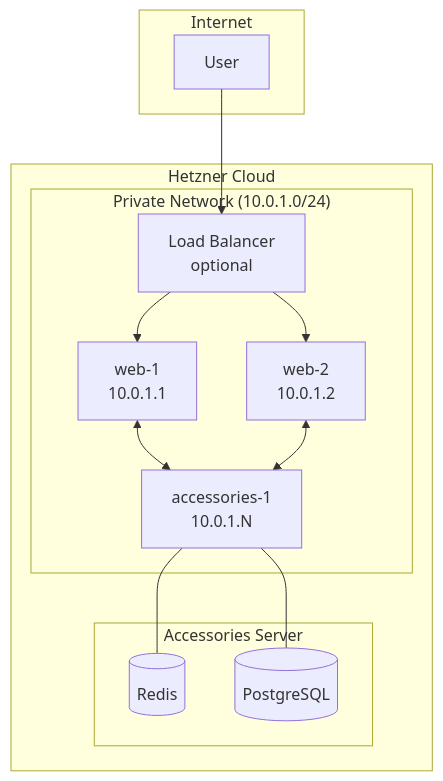
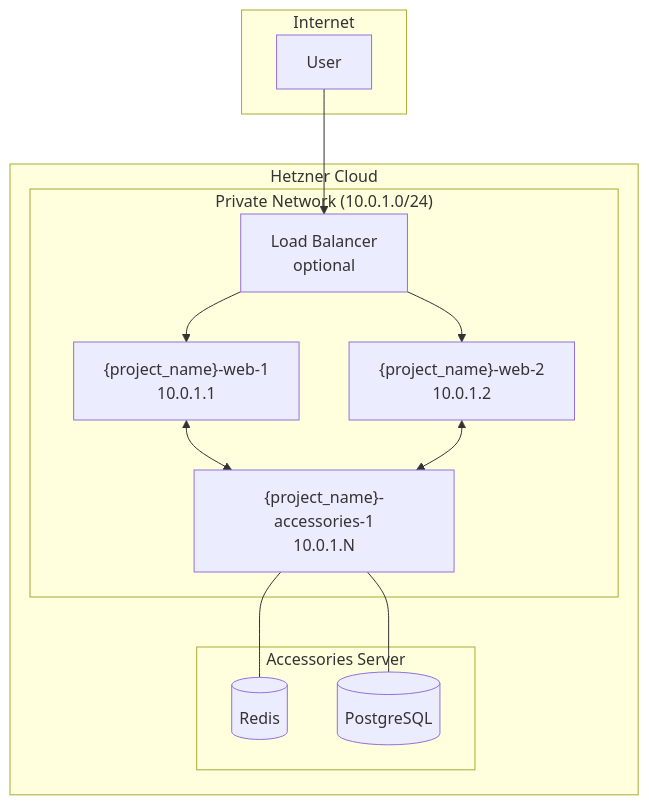
One commit to flipbitsnotburgers/hetzner-kamal-stack changed the first of 3 diagrams in README.md. Above: the diagram before and after it, drawn with Mermaid. The commit also changed other lines of this file and 4 other files, not shown here.

Commit message:
Use templated Hetzner project name.

````diff
--- a/README.md
+++ b/README.md
@@ -7,29 +7,29 @@
 ```mermaid
 graph TB
     subgraph Internet
         User[User]
     end
 
     subgraph Hetzner Cloud
         subgraph "Private Network (10.0.1.0/24)"
             LB[Load Balancer<br/>optional]
-            Web1[web-1<br/>10.0.1.1]
-            Web2[web-2<br/>10.0.1.2]
-            Acc[accessories-1<br/>10.0.1.N]
+            Web1["{project_name}-web-1<br/>10.0.1.1"]
+            Web2["{project_name}-web-2<br/>10.0.1.2"]
+            Acc["{project_name}-accessories-1<br/>10.0.1.N"]
 
             LB --> Web1
             LB --> Web2
             Web1 <--> Acc
             Web2 <--> Acc
         end
 
         subgraph "Accessories Server"
             Redis[(Redis)]
             Postgres[(PostgreSQL)]
         end
     end
 
     User --> LB
     Acc --- Redis
     Acc --- Postgres
 ```
````
